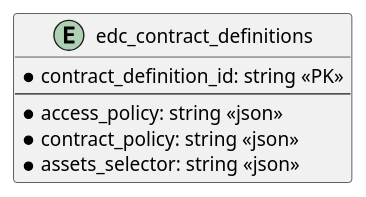
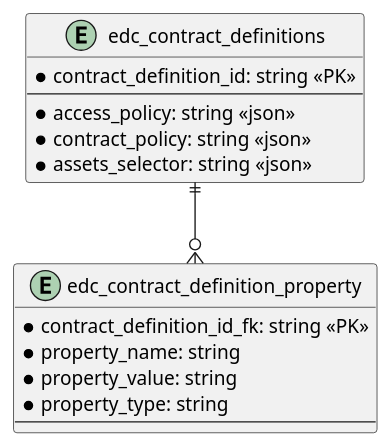
One commit to eclipse-edc/Connector changed the diagram in extensions/control-plane/store/sql/contract-definition-store-sql/docs/er.puml. Above: the diagram before and after it, drawn with PlantUML. The commit also changed 1 other file, not shown here.

Commit message:
adjust sql schemam and ER diagram

```diff
--- a/extensions/control-plane/store/sql/contract-definition-store-sql/docs/er.puml
+++ b/extensions/control-plane/store/sql/contract-definition-store-sql/docs/er.puml
@@ -1,9 +1,19 @@
 @startuml
 entity edc_contract_definitions {
   * contract_definition_id: string <<PK>>
   --
   * access_policy: string <<json>>
   * contract_policy: string <<json>>
   * assets_selector: string <<json>>
 }
+
+entity edc_contract_definition_property {
+  * contract_definition_id_fk: string <<PK>>
+  * property_name: string
+  * property_value: string
+  * property_type: string
+  --
+}
+
+edc_contract_definitions ||--o{ edc_contract_definition_property
 @enduml
```
